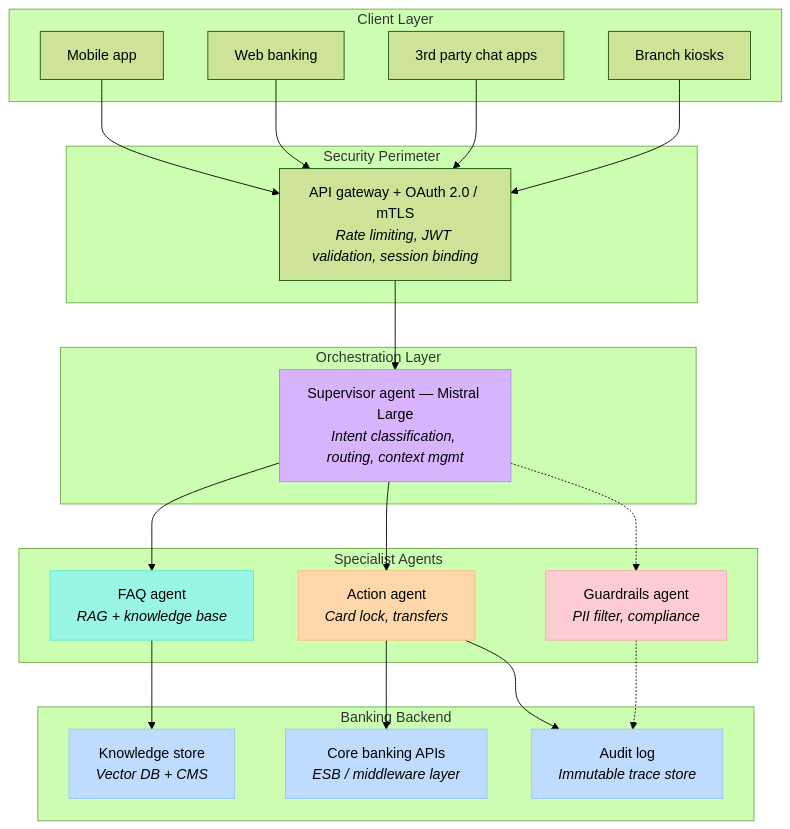
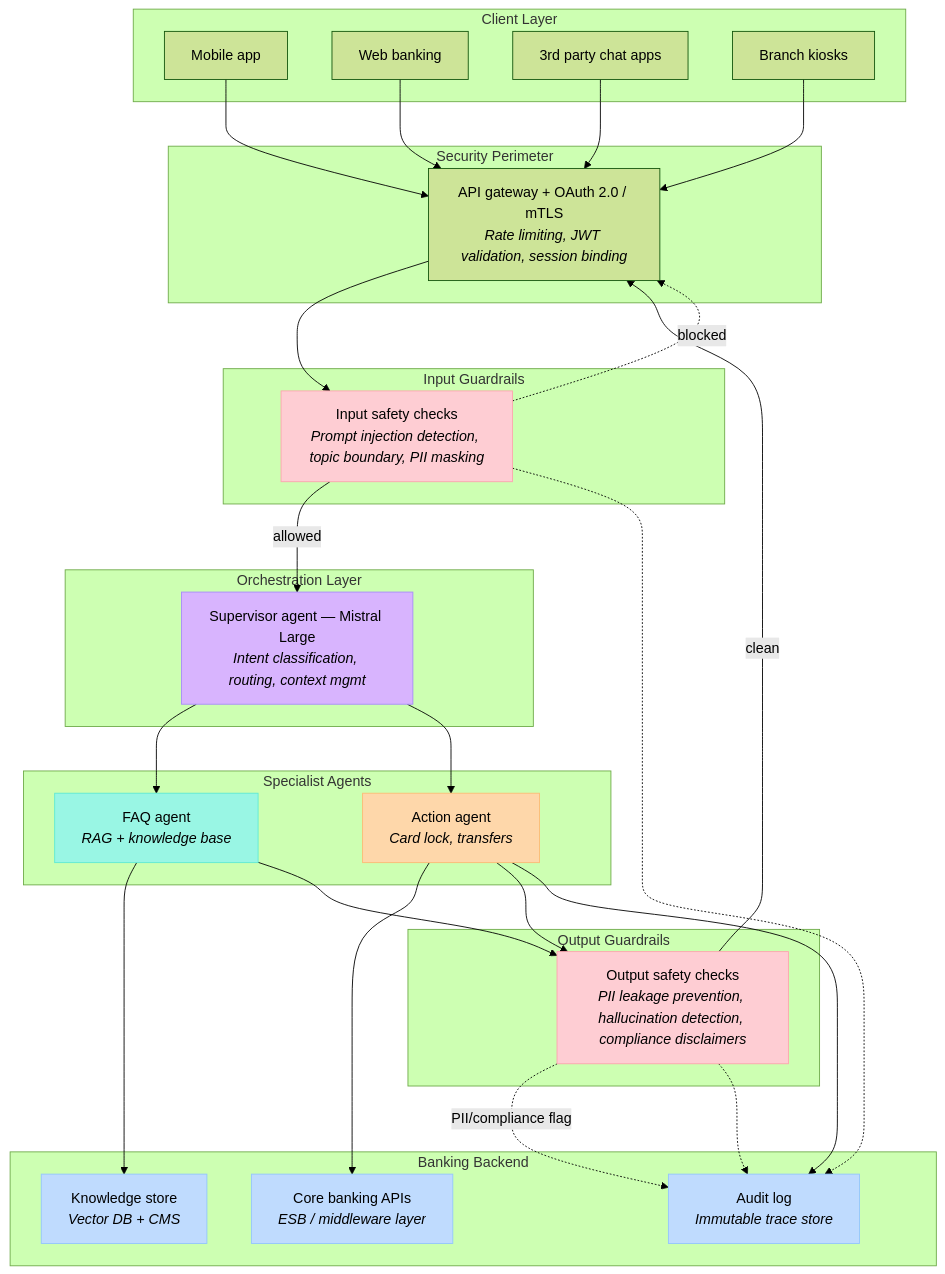
One commit to andreadhelpra/retail-banking-chatbot changed the first of 7 diagrams in README.md. Above: the diagram before and after it, drawn with Mermaid (forest theme). The commit also changed other lines of this file and 9 other files, not shown here.

Commit message:
Remove BNP Assistant design spec, update test schemas to remove confidence checks, and refactor Streamlit UI to handle API base URL and remove confidence display.

````diff
--- a/README.md
+++ b/README.md
@@ -11,46 +11,59 @@
 ```mermaid
 graph TD
     subgraph Client Layer
         A1[Mobile app]
         A2[Web banking]
         A3[3rd party chat apps]
         A4[Branch kiosks]
     end
 
     subgraph Security Perimeter
         B[API gateway + OAuth 2.0 / mTLS<br/><i>Rate limiting, JWT validation, session binding</i>]
     end
 
+    subgraph Input Guardrails
+        G1[Input safety checks<br/><i>Prompt injection detection, topic boundary, PII masking</i>]
+    end
+
     subgraph Orchestration Layer
         C[Supervisor agent — Mistral Large<br/><i>Intent classification, routing, context mgmt</i>]
     end
 
     subgraph Specialist Agents
         D1[FAQ agent<br/><i>RAG + knowledge base</i>]
         D2[Action agent<br/><i>Card lock, transfers</i>]
-        D3[Guardrails agent<br/><i>PII filter, compliance</i>]
+    end
+
+    subgraph Output Guardrails
+        G2[Output safety checks<br/><i>PII leakage prevention, hallucination detection, compliance disclaimers</i>]
     end
 
     subgraph Banking Backend
         E1[Knowledge store<br/><i>Vector DB + CMS</i>]
         E2[Core banking APIs<br/><i>ESB / middleware layer</i>]
         E3[Audit log<br/><i>Immutable trace store</i>]
     end
 
     A1 & A2 & A3 & A4 --> B
-    B --> C
+    B --> G1
+    G1 -- allowed --> C
+    G1 -. blocked .-> B
     C --> D1 & D2
-    C -.-> D3
     D1 --> E1
     D2 --> E2
+    D1 & D2 --> G2
+    G2 -- clean --> B
+    G2 -. PII/compliance flag .-> E3
     D2 --> E3
-    D3 -.-> E3
+    G1 -.-> E3
+    G2 -.-> E3
 
     style C fill:#d8b4fe,stroke:#a78bfa
     style D1 fill:#99f6e4,stroke:#5eead4
     style D2 fill:#fed7aa,stroke:#fdba74
-    style D3 fill:#fecdd3,stroke:#fda4af
+    style G1 fill:#fecdd3,stroke:#fda4af
+    style G2 fill:#fecdd3,stroke:#fda4af
     style E1 fill:#bfdbfe,stroke:#93c5fd
     style E2 fill:#bfdbfe,stroke:#93c5fd
     style E3 fill:#bfdbfe,stroke:#93c5fd
 ```
````
